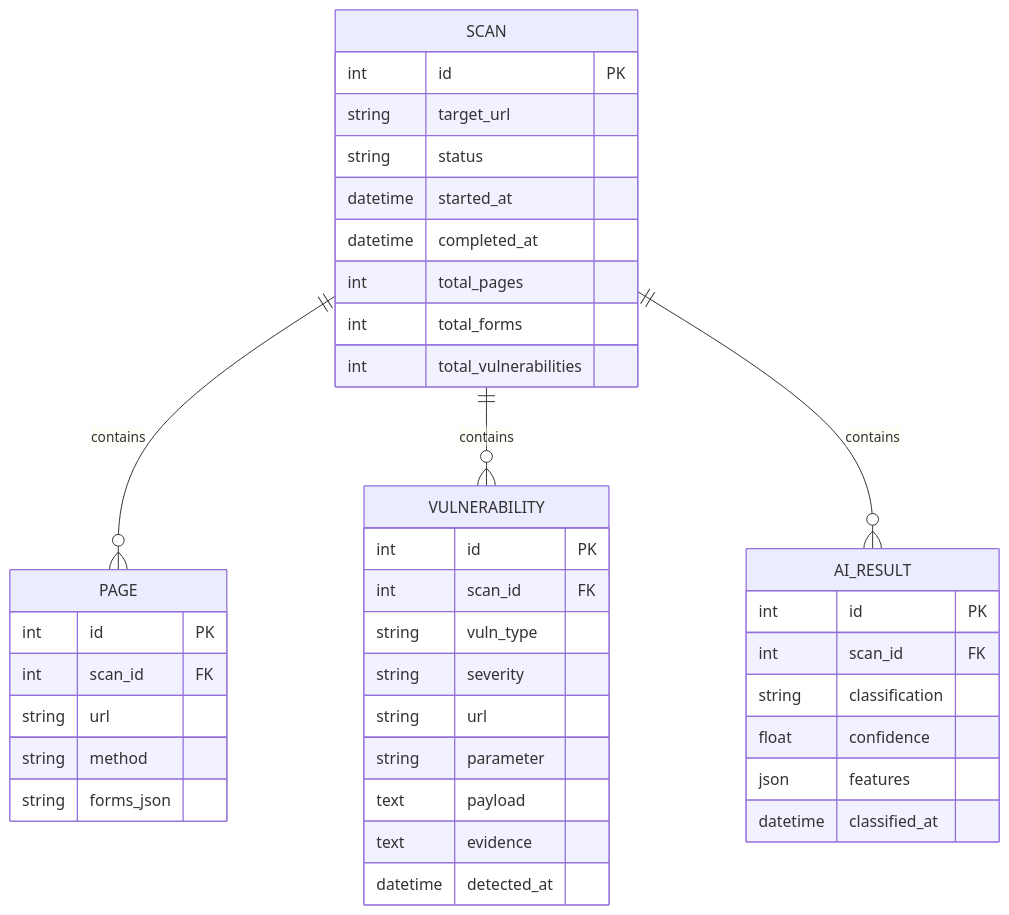
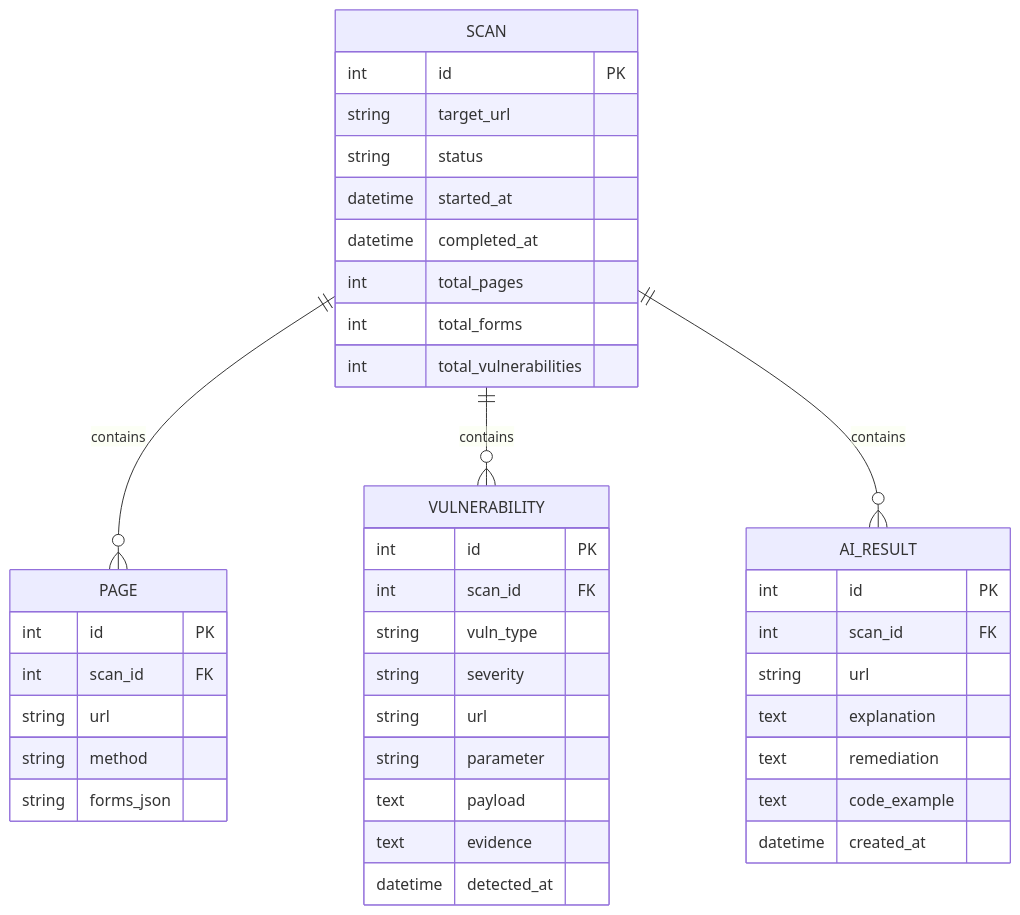
The second of 4 diagrams in docs/diagrams/architecture.md (longduc205/DoAnII), drawn with Mermaid before and after one commit. The commit also changed other lines of this file and 7 other files, not shown here.

Commit message:
[UPD] Cập nhật các UML

````diff
--- a/docs/diagrams/architecture.md
+++ b/docs/diagrams/architecture.md
@@ -124,42 +117,43 @@
 ```mermaid
 erDiagram
     SCAN {
         int id PK
         string target_url
         string status
         datetime started_at
         datetime completed_at
         int total_pages
         int total_forms
         int total_vulnerabilities
     }
     PAGE {
         int id PK
         int scan_id FK
         string url
         string method
         string forms_json
     }
     VULNERABILITY {
         int id PK
         int scan_id FK
         string vuln_type
         string severity
         string url
         string parameter
         text payload
         text evidence
         datetime detected_at
     }
     AI_RESULT {
         int id PK
         int scan_id FK
-        string classification
-        float confidence
-        json features
-        datetime classified_at
+        string url
+        text explanation
+        text remediation
+        text code_example
+        datetime created_at
     }
     SCAN ||--o{ PAGE : contains
     SCAN ||--o{ VULNERABILITY : contains
     SCAN ||--o{ AI_RESULT : contains
 ```
````
